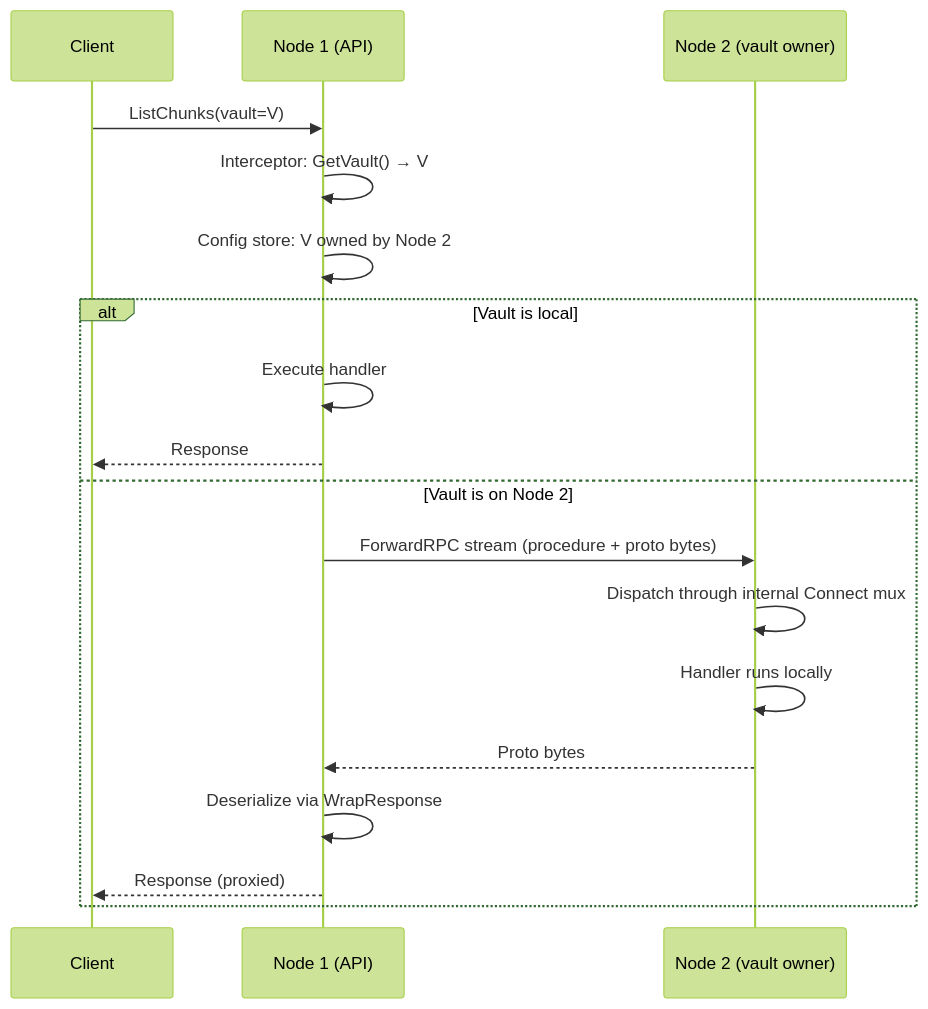
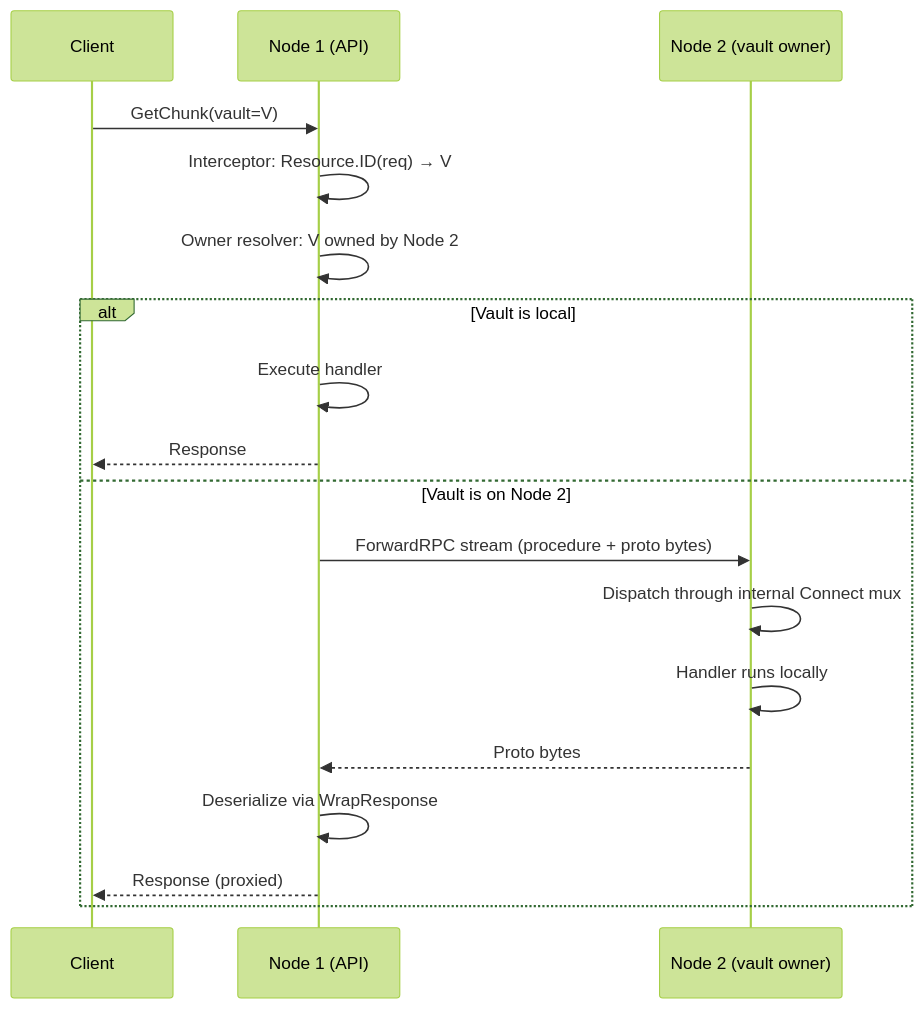
The second of 3 diagrams in docs/cluster_routing.md (kluzzebass/gastrolog), drawn with Mermaid (forest theme) before and after one commit. The commit also changed other lines of this file and 15 other files, not shown here.

````diff
--- a/docs/cluster_routing.md
+++ b/docs/cluster_routing.md
@@ -56,21 +105,21 @@
 ```mermaid
 sequenceDiagram
     participant Client
     participant Node1 as Node 1 (API)
     participant Node2 as Node 2 (vault owner)
 
-    Client->>Node1: ListChunks(vault=V)
-    Node1->>Node1: Interceptor: GetVault() → V
-    Node1->>Node1: Config store: V owned by Node 2
+    Client->>Node1: GetChunk(vault=V)
+    Node1->>Node1: Interceptor: Resource.ID(req) → V
+    Node1->>Node1: Owner resolver: V owned by Node 2
     alt Vault is local
         Node1->>Node1: Execute handler
         Node1-->>Client: Response
     else Vault is on Node 2
         Node1->>Node2: ForwardRPC stream (procedure + proto bytes)
         Node2->>Node2: Dispatch through internal Connect mux
         Node2->>Node2: Handler runs locally
         Node2-->>Node1: Proto bytes
         Node1->>Node1: Deserialize via WrapResponse
         Node1-->>Client: Response (proxied)
     end
 ```
````
